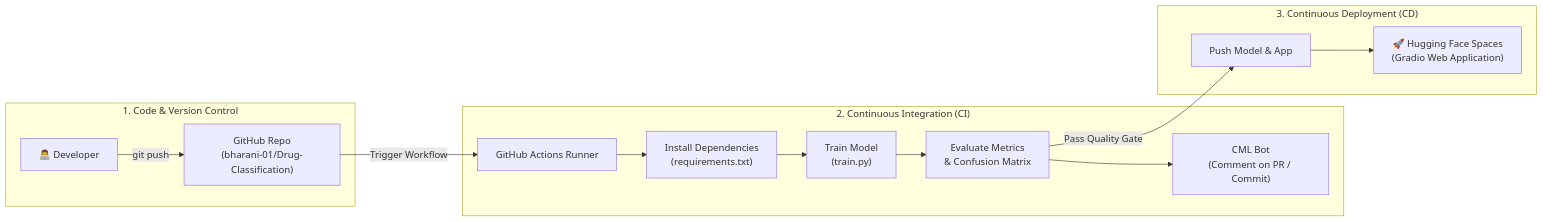
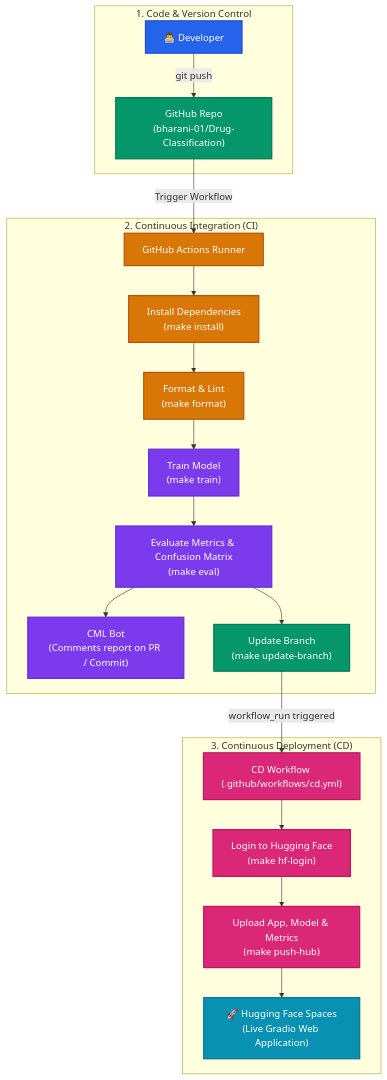
One commit to bharani-01/Drug-Classification changed the diagram in README.md. Above: the diagram before and after it, drawn with Mermaid. The commit also changed other lines of this file, not shown here.

Commit message:
Update documentation and trusted types in app.py

````diff
--- a/README.md
+++ b/README.md
@@ -13,19 +13,31 @@
 ```mermaid
-flowchart LR
+flowchart TD
+    %% Node Styling
+    classDef dev fill:#2563eb,stroke:#1d4ed8,stroke-width:2px,color:#fff;
+    classDef git fill:#059669,stroke:#047857,stroke-width:2px,color:#fff;
+    classDef ci fill:#d97706,stroke:#b45309,stroke-width:2px,color:#fff;
+    classDef eval fill:#7c3aed,stroke:#6d28d9,stroke-width:2px,color:#fff;
+    classDef cd fill:#db2777,stroke:#be185d,stroke-width:2px,color:#fff;
+    classDef prod fill:#0891b2,stroke:#0e7490,stroke-width:2px,color:#fff;
+
     subgraph S1["1. Code & Version Control"]
-        DEV["👨‍💻 Developer"] -->|"git push"| GITHUB["GitHub Repo<br/>(bharani-01/Drug-Classification)"]
+        DEV["👨‍💻 Developer"]:::dev -->|"git push"| GITHUB["GitHub Repo<br/>(bharani-01/Drug-Classification)"]:::git
     end
 
     subgraph S2["2. Continuous Integration (CI)"]
-        GITHUB -->|"Trigger Workflow"| GHA["GitHub Actions Runner"]
-        GHA --> DEPS["Install Dependencies<br/>(requirements.txt)"]
-        DEPS --> TRAIN["Train Model<br/>(train.py)"]
-        TRAIN --> EVAL["Evaluate Metrics<br/>& Confusion Matrix"]
-        EVAL --> CML["CML Bot<br/>(Comment on PR / Commit)"]
+        GITHUB -->|"Trigger Workflow"| GHA["GitHub Actions Runner"]:::ci
+        GHA --> DEPS["Install Dependencies<br/>(make install)"]:::ci
+        DEPS --> LINT["Format & Lint<br/>(make format)"]:::ci
+        LINT --> TRAIN["Train Model<br/>(make train)"]:::eval
+        TRAIN --> EVAL["Evaluate Metrics & Confusion Matrix<br/>(make eval)"]:::eval
+        EVAL --> CML["CML Bot<br/>(Comments report on PR / Commit)"]:::eval
+        EVAL --> UPDATE["Update Branch<br/>(make update-branch)"]:::git
     end
 
     subgraph S3["3. Continuous Deployment (CD)"]
-        EVAL -->|"Pass Quality Gate"| SYNC["Push Model & App"]
-        SYNC --> HF["🚀 Hugging Face Spaces<br/>(Gradio Web Application)"]
+        UPDATE -->|"workflow_run triggered"| CD["CD Workflow (.github/workflows/cd.yml)"]:::cd
+        CD --> HF_LOGIN["Login to Hugging Face<br/>(make hf-login)"]:::cd
+        HF_LOGIN --> SYNC["Upload App, Model & Metrics<br/>(make push-hub)"]:::cd
+        SYNC --> HF["🚀 Hugging Face Spaces<br/>(Live Gradio Web Application)"]:::prod
     end
 ```
````
